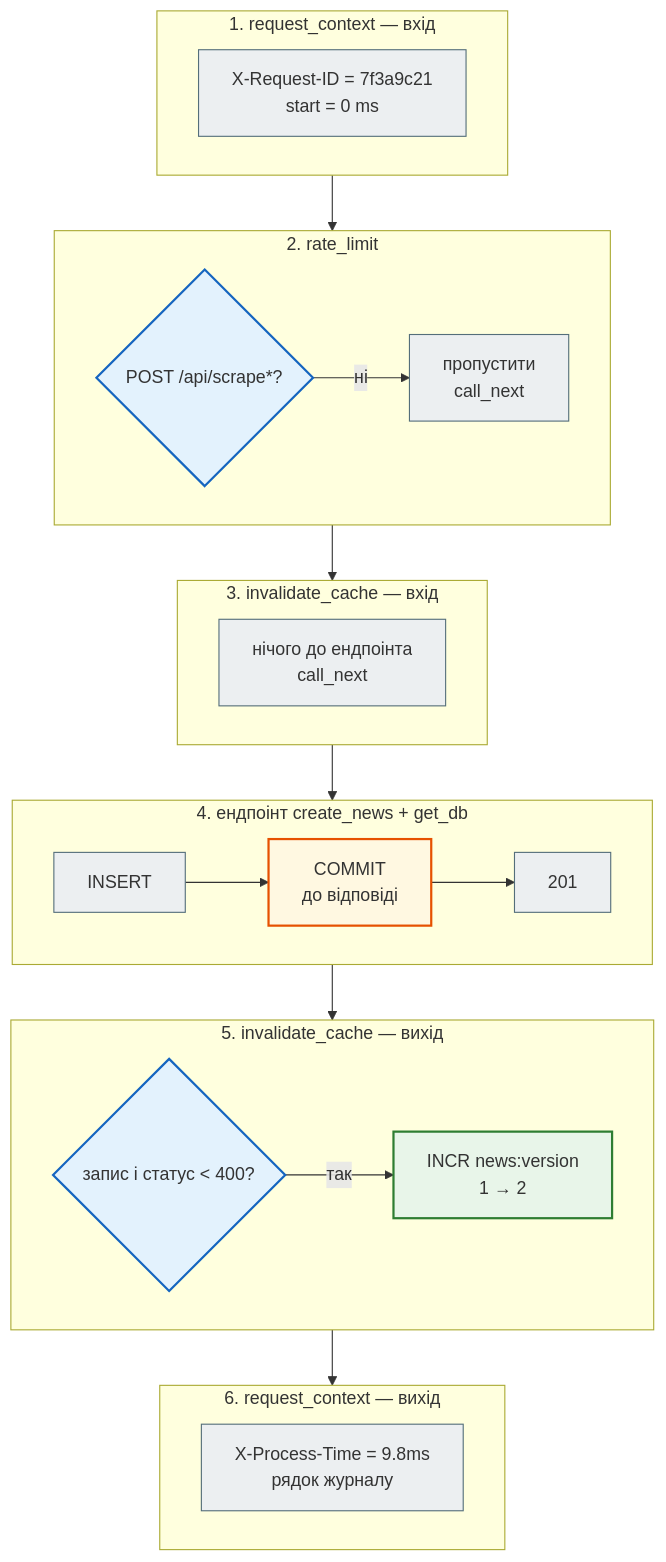
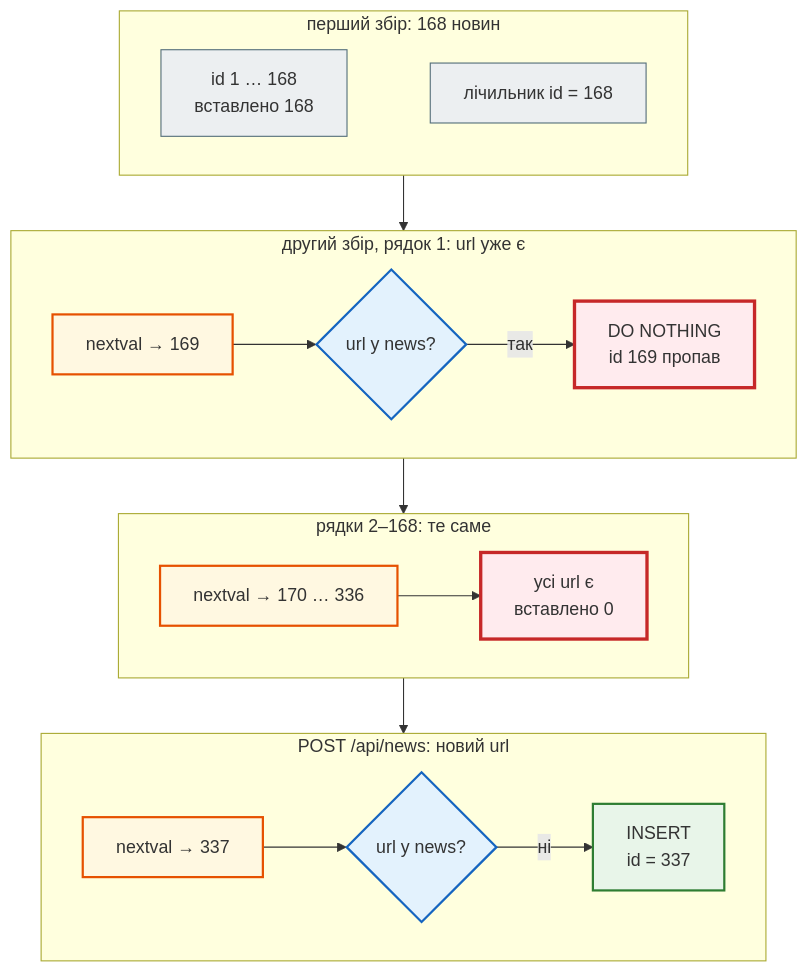
Before and after one commit to AlinaRadchenko/PY-Course-Victor-Nikoriak-22-09-2026: the first of 3 diagrams in docs/modules/m4/lesson_39.md, drawn with Mermaid. The commit also changed other lines of this file and 1846 other files, not shown here.

````diff
--- a/docs/modules/m4/lesson_39.md
+++ b/docs/modules/m4/lesson_39.md
@@ -91,41 +209,32 @@
 ```mermaid
 flowchart TD
     classDef step     fill:#eceff1,stroke:#546e7a,stroke-width:1px;
     classDef decision fill:#e3f2fd,stroke:#1565c0,stroke-width:2px;
     classDef success  fill:#e8f5e9,stroke:#2e7d32,stroke-width:2px;
     classDef error    fill:#ffebee,stroke:#c62828,stroke-width:3px;
     classDef warning  fill:#fff8e1,stroke:#e65100,stroke-width:2px;
 
-    subgraph M1 ["1. request_context — вхід"]
+    subgraph S0 ["перший збір: 168 новин"]
         direction LR
-        a1["X-Request-ID = 7f3a9c21<br>start = 0 ms"]
+        a0["id 1 … 168<br>вставлено 168"] ~~~ a1["лічильник id = 168"]
     end
-    subgraph M2 ["2. rate_limit"]
+    subgraph S1 ["другий збір, рядок 1: url уже є"]
         direction LR
-        b1{"POST /api/scrape*?"} -- ні --> b2["пропустити<br>call_next"]
+        b0["nextval → 169"] --> b1{"url у news?"} -- так --> b2["DO NOTHING<br>id 169 пропав"]
     end
-    subgraph M3 ["3. invalidate_cache — вхід"]
+    subgraph S2 ["рядки 2–168: те саме"]
         direction LR
-        c1["нічого до ендпоінта<br>call_next"]
+        c0["nextval → 170 … 336"] --> c1["усі url є<br>вставлено 0"]
     end
-    subgraph E ["4. ендпоінт create_news + get_db"]
+    subgraph S3 ["POST /api/news: новий url"]
         direction LR
-        e1["INSERT"] --> e2["COMMIT<br>до відповіді"] --> e3["201"]
+        d0["nextval → 337"] --> d1{"url у news?"} -- ні --> d2["INSERT<br>id = 337"]
     end
-    subgraph M3b ["5. invalidate_cache — вихід"]
-        direction LR
-        d1{"запис і статус < 400?"} -- так --> d2["INCR news:version<br>1 → 2"]
-    end
-    subgraph M1b ["6. request_context — вихід"]
-        direction LR
-        f1["X-Process-Time = 9.8ms<br>рядок журналу"]
-    end
-    M1 --> M2 --> M3 --> E --> M3b --> M1b
+    S0 --> S1 --> S2 --> S3
 
-    class a1,c1,f1 step
+    class a0,a1 step
+    class b0,c0,d0 warning
     class b1,d1 decision
-    class b2 step
-    class e1,e3 step
-    class e2 warning
+    class b2,c1 error
     class d2 success
 ```
````
